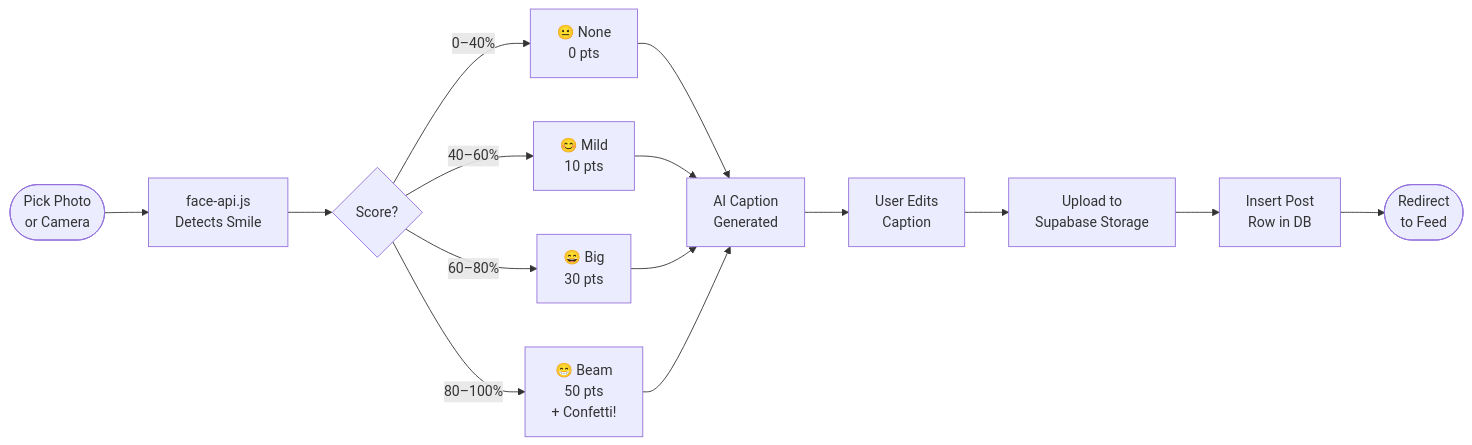
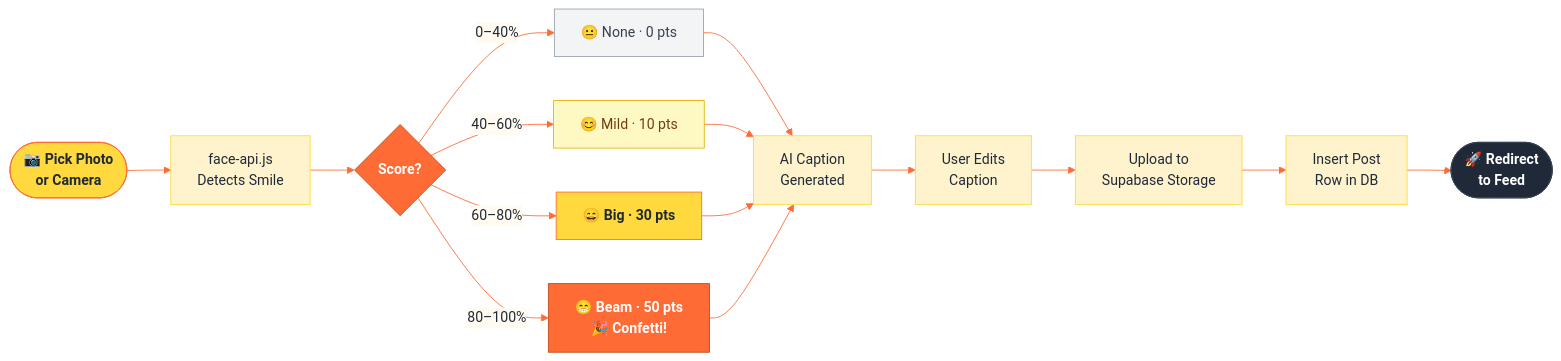
Before and after one commit to HackIndiaXYZ/vibe-coding-hackathon-2026-claduesss: the second of 6 diagrams in README.md, drawn with Mermaid. The commit also changed other lines of this file, not shown here.

Commit message:
docs(readme): add brand colors to all mermaid diagrams

````diff
--- a/README.md
+++ b/README.md
@@ -62,14 +68,24 @@
 ```mermaid
+%%{init: {'theme': 'base', 'themeVariables': {'primaryColor': '#FFD93D', 'primaryTextColor': '#1F2937', 'primaryBorderColor': '#FF6B35', 'lineColor': '#FF6B35', 'edgeLabelBackground': '#FFFBF0'}}}%%
 flowchart LR
-    A([Pick Photo\nor Camera]) --> B[face-api.js\nDetects Smile]
-    B --> C{Score?}
-    C -->|0–40%| D[😐 None\n0 pts]
-    C -->|40–60%| E[😊 Mild\n10 pts]
-    C -->|60–80%| F[😄 Big\n30 pts]
-    C -->|80–100%| G[😁 Beam\n50 pts\n+ Confetti!]
-    D & E & F & G --> H[AI Caption\nGenerated]
-    H --> I[User Edits\nCaption]
-    I --> J[Upload to\nSupabase Storage]
-    J --> K[Insert Post\nRow in DB]
-    K --> L([Redirect\nto Feed])
+    classDef start fill:#FFD93D,stroke:#FF6B35,color:#1F2937,font-weight:bold
+    classDef process fill:#FFF3CD,stroke:#FFD93D,color:#1F2937
+    classDef decision fill:#FF6B35,stroke:#c04e1c,color:#ffffff,font-weight:bold
+    classDef tier0 fill:#F3F4F6,stroke:#9CA3AF,color:#374151
+    classDef tier1 fill:#FEF9C3,stroke:#EAB308,color:#713F12
+    classDef tier2 fill:#FFD93D,stroke:#FF6B35,color:#1F2937,font-weight:bold
+    classDef tier3 fill:#FF6B35,stroke:#c04e1c,color:#ffffff,font-weight:bold
+    classDef finish fill:#1F2937,stroke:#374151,color:#ffffff,font-weight:bold
+
+    A([📷 Pick Photo\nor Camera]):::start --> B[face-api.js\nDetects Smile]:::process
+    B --> C{Score?}:::decision
+    C -->|0–40%| D[😐 None · 0 pts]:::tier0
+    C -->|40–60%| E[😊 Mild · 10 pts]:::tier1
+    C -->|60–80%| F[😄 Big · 30 pts]:::tier2
+    C -->|80–100%| G[😁 Beam · 50 pts\n🎉 Confetti!]:::tier3
+    D & E & F & G --> H[AI Caption\nGenerated]:::process
+    H --> I[User Edits\nCaption]:::process
+    I --> J[Upload to\nSupabase Storage]:::process
+    J --> K[Insert Post\nRow in DB]:::process
+    K --> L([🚀 Redirect\nto Feed]):::finish
 ```
````
